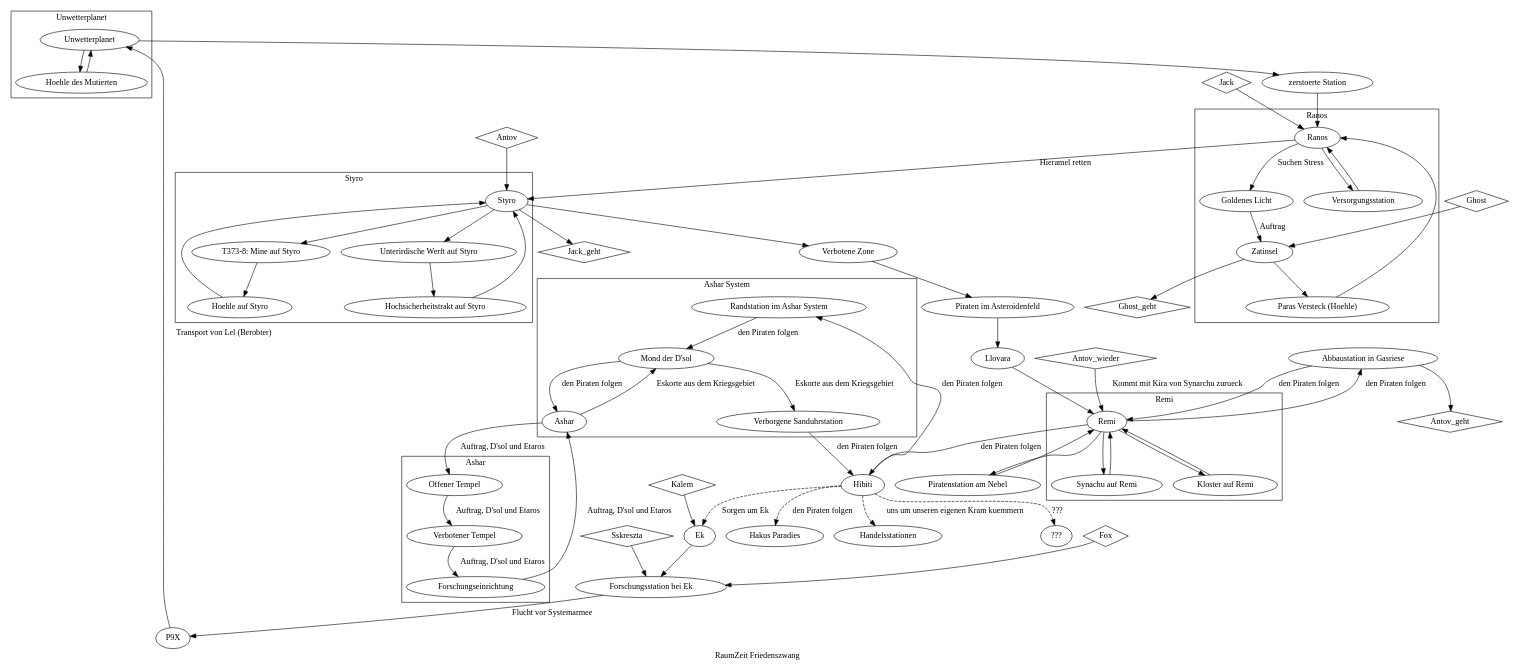
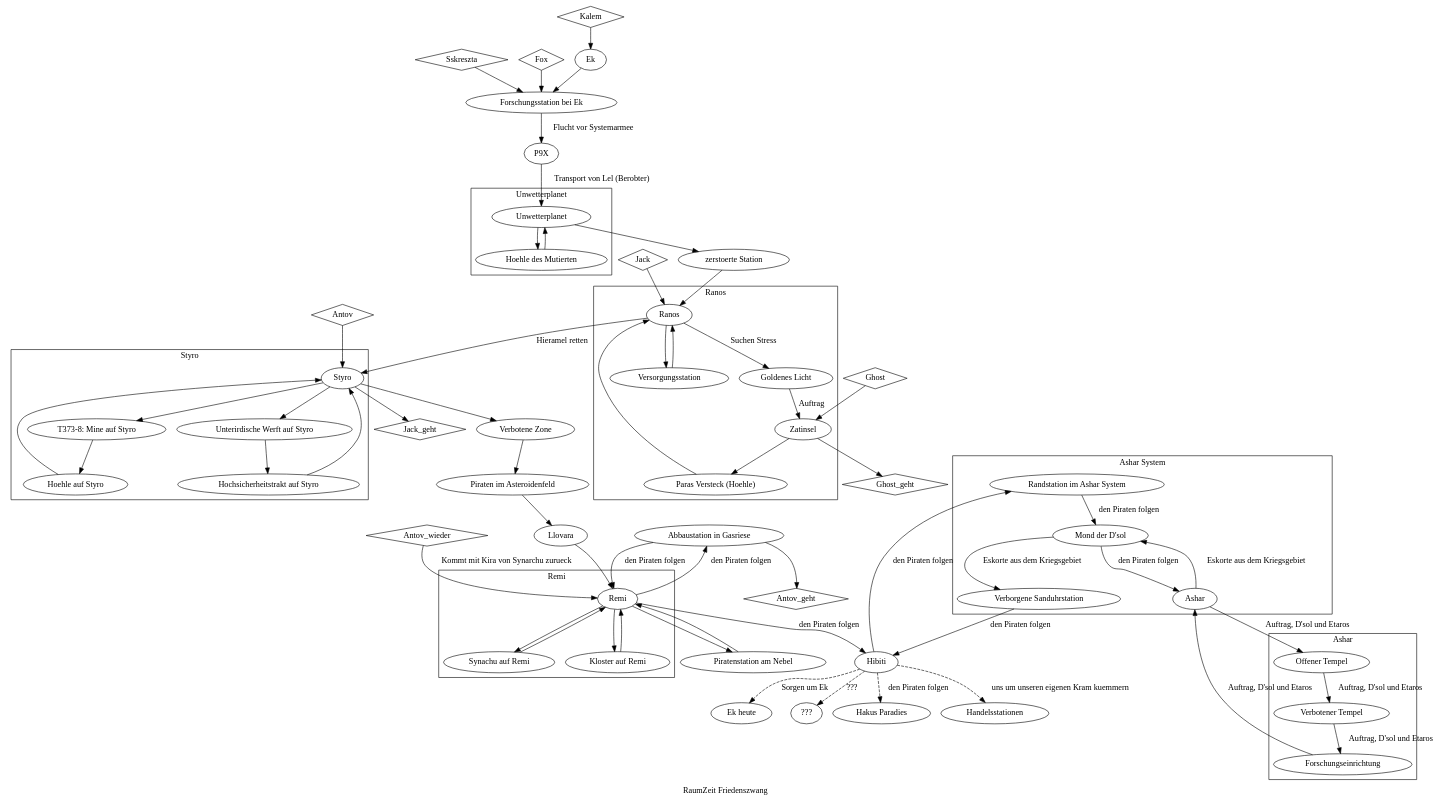
The diagram in RaumZeit/Charaktere/Sskreszta/stationen_unserer_reise.dot (vaibhav-gupt/Hg), drawn with Graphviz before and after one commit.

Commit message:
Stationen der Reise: moegl. Ziel: Ek heute.

```diff
--- a/RaumZeit/Charaktere/Sskreszta/stationen_unserer_reise.dot
+++ b/RaumZeit/Charaktere/Sskreszta/stationen_unserer_reise.dot
@@ -1,97 +1,97 @@
 digraph G {
     name = "RaumZeit Friedenszwang"
     label = "RaumZeit Friedenszwang"
     // Personen
     node [shape="diamond"] Sskreszta; Kalem; Fox; Jack; Jack_geht; Ghost; Ghost_geht; Antov; Antov_geht; Antov_wieder
     
     node [shape=""]
     // dazugestoßen 
     Sskreszta -> "Forschungsstation bei Ek"
     Kalem -> Ek
     Fox -> "Forschungsstation bei Ek"
     Jack -> Ranos
     Ghost -> Zatinsel 
     Antov -> Styro
     
     // verlassen
     Zatinsel -> Ghost_geht
     Styro -> Jack_geht
     "Abbaustation in Gasriese" -> Antov_geht
 
     // wiedergekommen
     edge [label="Kommt mit Kira von Synarchu zurueck"]
     Antov_wieder -> Remi
     
     // Der Weg
     edge [label=""]
     Ek -> "Forschungsstation bei Ek"
     edge [label="Flucht vor Systemarmee"] "Forschungsstation bei Ek" -> P9X 
     edge [label="Transport von Lel (Berobter)"] P9X -> Unwetterplanet
     edge [label=""]
     Unwetterplanet -> "zerstoerte Station" -> Ranos
     
     edge [label="Hieramel retten"]
     Ranos -> Styro 
     
     edge [label=""]
     Styro -> "Verbotene Zone" -> "Piraten im Asteroidenfeld" -> Llovara -> Remi -> "Piratenstation am Nebel" -> Remi
 
     edge [label="den Piraten folgen"] Remi -> "Abbaustation in Gasriese" -> Remi
     Remi -> "Hibiti" -> "Randstation im Ashar System"
 
     // Wie es weitergehen koennte. 
     edge [label="den Piraten folgen"] "Verborgene Sanduhrstation" -> "Hibiti"
     edge [style="dashed"]
     edge [label="den Piraten folgen"] "Hibiti" -> "Hakus Paradies"
     edge [label="uns um unseren eigenen Kram kuemmern"] "Hibiti" -> "Handelsstationen"
-    edge [label="Sorgen um Ek"] "Hibiti" -> "Ek"
+    edge [label="Sorgen um Ek"] "Hibiti" -> "Ek heute"
     edge [label="???"] "Hibiti" -> "???"
     
     edge [label="" style=""]
     // Beschreibungen
         
         // Ereignisse auf dem Unwetterplaneten
         subgraph cluster0 {
             name = Unwetterplanet
             label = Unwetterplanet
             Unwetterplanet -> "Hoehle des Mutierten" -> Unwetterplanet
         }
         
         // Ereignisse in Ranos
         subgraph cluster1 {
             name = Ranos
             label = Ranos
             edge [label="Suchen Stress"]Ranos -> "Goldenes Licht"
             edge [label="Auftrag"] "Goldenes Licht" -> Zatinsel
             edge [label=""] Zatinsel -> "Paras Versteck (Hoehle)" -> Ranos -> Versorgungsstation -> Ranos
         }
         
         // Ereignisse in Styro
         subgraph cluster2 {
             name = Styro
             label = Styro
             Styro -> "T373-8: Mine auf Styro" ->  "Hoehle auf Styro" -> Styro -> "Unterirdische Werft auf Styro" -> "Hochsicherheitstrakt auf Styro" -> Styro 
         }
         
         // Ereignisse auf Remi
         subgraph cluster3 { 
             name = Remi
             label = Remi
             Remi -> "Synachu auf Remi" -> Remi -> "Kloster auf Remi" -> Remi
         }
 
         // Ereignisse bei Ashar
         subgraph cluster4 { 
             name = "Ashar System"
             label = "Ashar System"
             edge [label="den Piraten folgen"] "Randstation im Ashar System" -> "Mond der D'sol" -> "Ashar" 
             edge [label="Eskorte aus dem Kriegsgebiet"] Ashar -> "Mond der D'sol" -> "Verborgene Sanduhrstation"
         }
 
         // Ereignisse auf Ashar
         subgraph cluster5 { 
             name = "Ashar"
             label = "Ashar"
             edge [label="Auftrag, D'sol und Etaros"] Ashar -> "Offener Tempel" -> "Verbotener Tempel" -> Forschungseinrichtung -> Ashar
         }
 }
```
